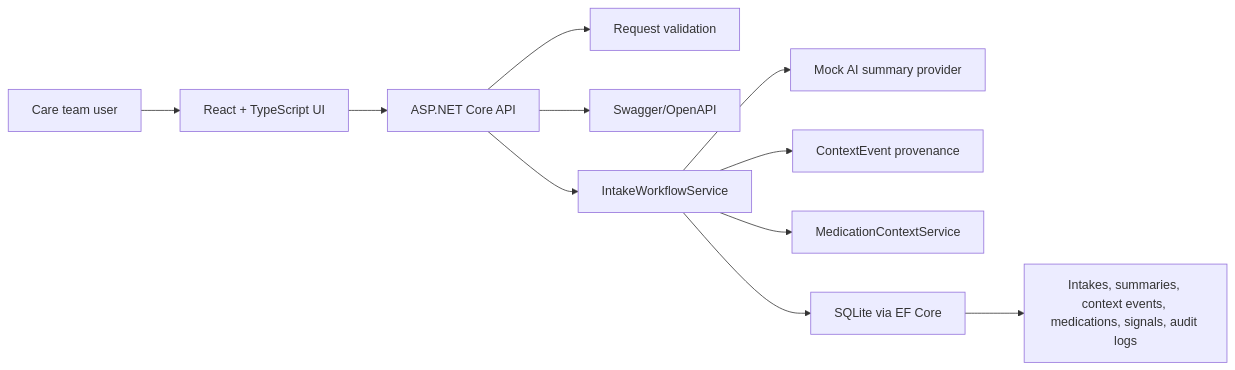
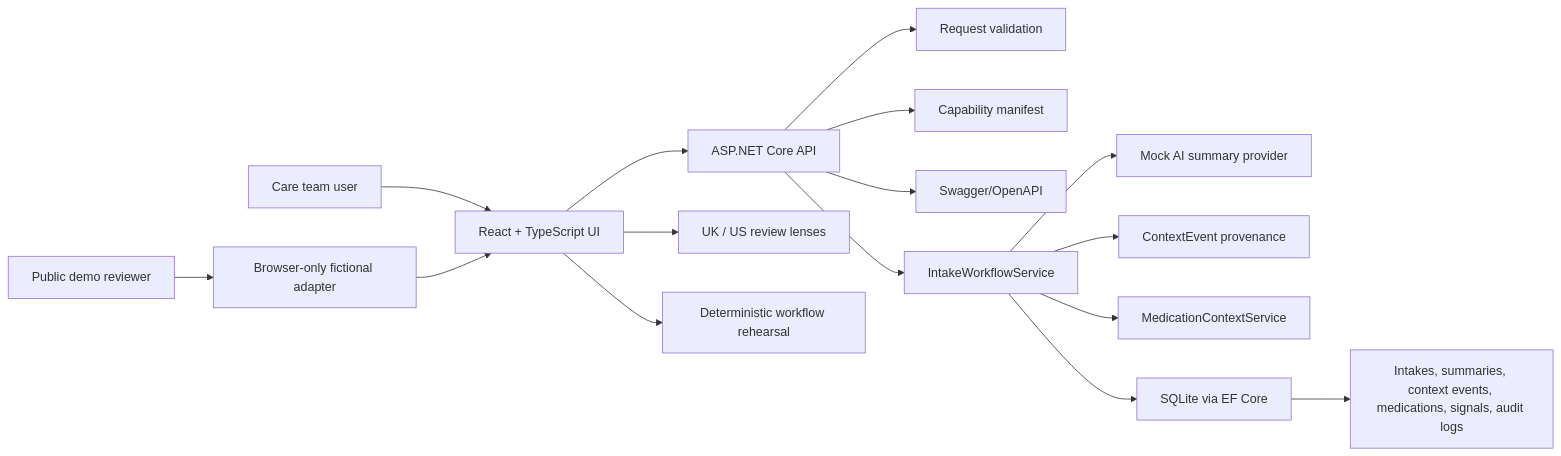
The diagram in README.md (Pharmacist65/clinical-intake-ai-workflow), drawn with Mermaid before and after one commit. The commit also changed other lines of this file and 34 other files, not shown here.

Commit message:
Advance evidence-linked public demo

````diff
--- a/README.md
+++ b/README.md
@@ -88,13 +154,18 @@
 ```mermaid
 flowchart LR
     User["Care team user"] --> Frontend["React + TypeScript UI"]
+    Reviewer["Public demo reviewer"] --> Static["Browser-only fictional adapter"]
+    Static --> Frontend
     Frontend --> Api["ASP.NET Core API"]
+    Frontend --> Governance["UK / US review lenses"]
+    Frontend --> Rehearsal["Deterministic workflow rehearsal"]
     Api --> Validation["Request validation"]
+    Api --> Capabilities["Capability manifest"]
     Api --> Docs["Swagger/OpenAPI"]
     Api --> Workflow["IntakeWorkflowService"]
     Workflow --> MockAI["Mock AI summary provider"]
     Workflow --> Context["ContextEvent provenance"]
     Workflow --> Pharmacy["MedicationContextService"]
     Workflow --> SQLite["SQLite via EF Core"]
     SQLite --> Records["Intakes, summaries, context events, medications, signals, audit logs"]
 ```
````
